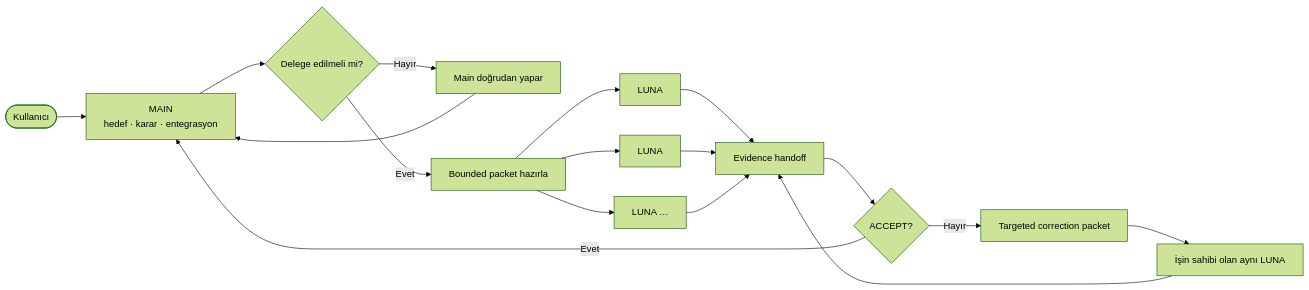
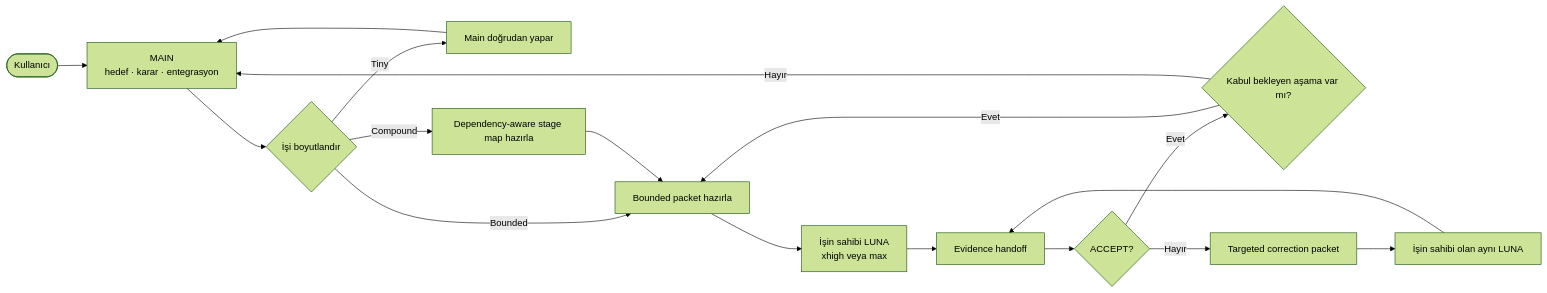
Before and after one commit to HakanBabus/AgentMaxxing: the diagram in README_TR.md, drawn with Mermaid (forest theme). The commit also changed other lines of this file and 6 other files, not shown here.

````diff
--- a/README_TR.md
+++ b/README_TR.md
@@ -27,19 +27,19 @@
 ```mermaid
 flowchart LR
     U([Kullanıcı]) --> M["MAIN<br/>hedef · karar · entegrasyon"]
-    M --> R{"Delege edilmeli mi?"}
-    R -- Hayır --> D[Main doğrudan yapar]
-    R -- Evet --> P[Bounded packet hazırla]
-    P --> W1[LUNA]
-    P --> W2[LUNA]
-    P --> WN["LUNA …"]
-    W1 --> H[Evidence handoff]
-    W2 --> H
-    WN --> H
+    M --> S{"İşi boyutlandır"}
+    S -- Tiny --> D[Main doğrudan yapar]
+    S -- Bounded --> P[Bounded packet hazırla]
+    S -- Compound --> MAP[Dependency-aware stage map hazırla]
+    MAP --> P
+    P --> W["İşin sahibi LUNA<br/>xhigh veya max"]
+    W --> H[Evidence handoff]
     H --> G{"ACCEPT?"}
-    G -- Evet --> M
+    G -- Evet --> N{"Kabul bekleyen aşama var mı?"}
+    N -- Evet --> P
+    N -- Hayır --> M
     G -- Hayır --> C[Targeted correction packet]
     C --> OW[İşin sahibi olan aynı LUNA]
     OW --> H
     D --> M
 ```
````
